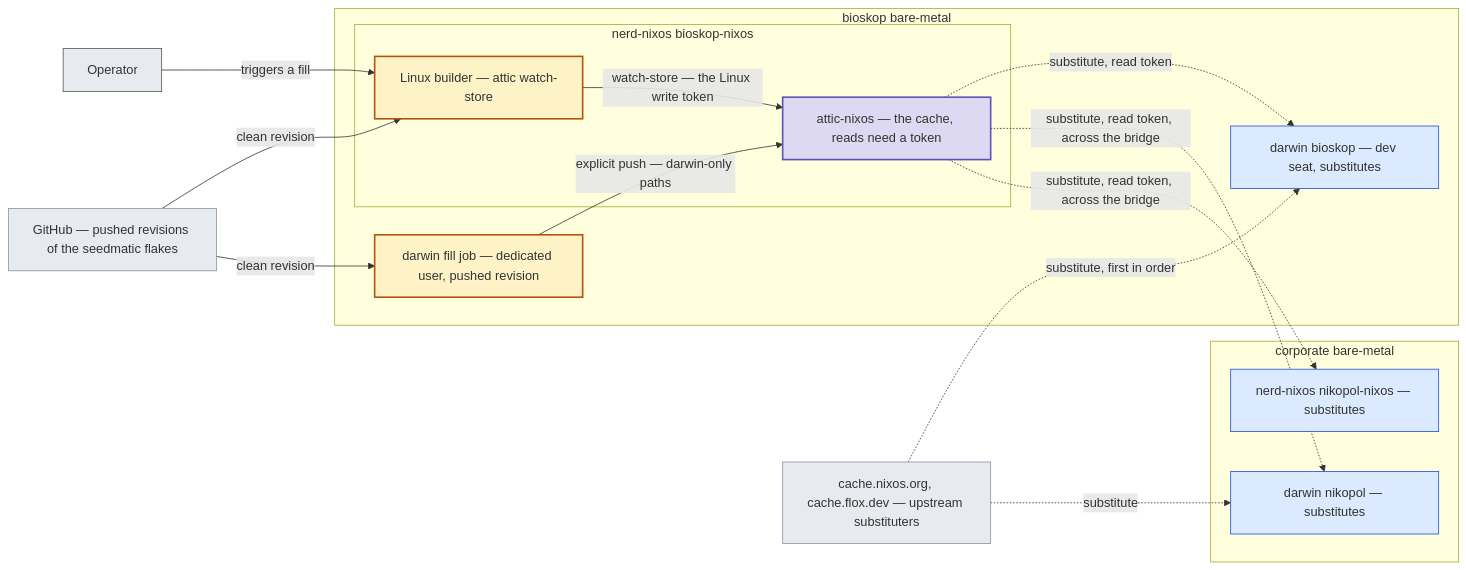
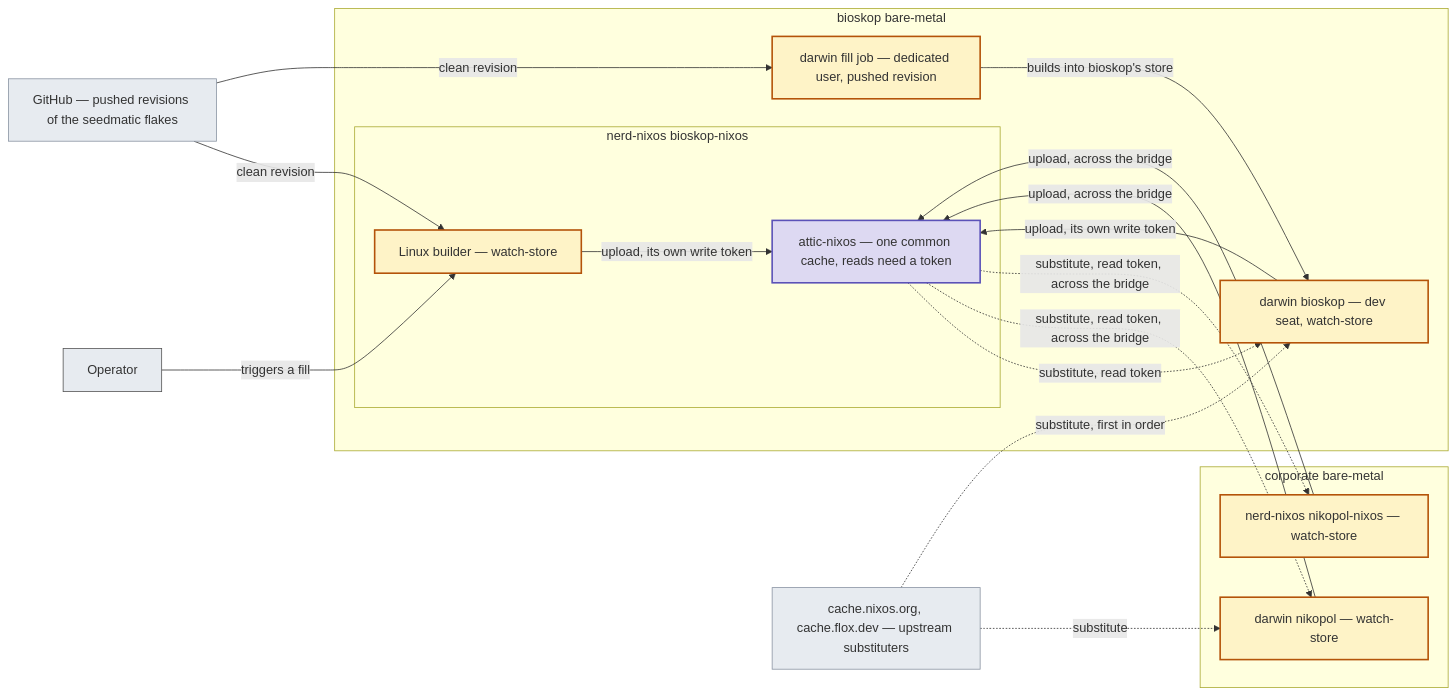
One commit to seedmatic/ndh changed the first of 5 diagrams in docs/private-binary-cache-spec.adoc. Above: the diagram before and after it, drawn with Mermaid. The commit also changed other lines of this file and 1 other file, not shown here.

```diff
--- a/docs/private-binary-cache-spec.adoc
+++ b/docs/private-binary-cache-spec.adoc
@@ -113,37 +113,40 @@
 [mermaid]
 ....
 flowchart LR
   op["Operator"]:::person
   gh["GitHub — pushed revisions of the seedmatic flakes"]:::ext
   up["cache.nixos.org, cache.flox.dev — upstream substituters"]:::ext
 
   subgraph BIOSKOP["bioskop bare-metal"]
-    dB["darwin bioskop — dev seat, substitutes"]:::host
+    dB["darwin bioskop — dev seat, watch-store"]:::builder
     dj["darwin fill job — dedicated user, pushed revision"]:::builder
     subgraph NN_B["nerd-nixos bioskop-nixos"]
-      lb["Linux builder — attic watch-store"]:::builder
-      attic["attic-nixos — the cache, reads need a token"]:::cache
+      lb["Linux builder — watch-store"]:::builder
+      attic["attic-nixos — one common cache, reads need a token"]:::cache
     end
   end
   subgraph NIKOPOL["corporate bare-metal"]
-    dN["darwin nikopol — substitutes"]:::host
-    nN["nerd-nixos nikopol-nixos — substitutes"]:::host
+    dN["darwin nikopol — watch-store"]:::builder
+    nN["nerd-nixos nikopol-nixos — watch-store"]:::builder
   end
 
   op -->|"triggers a fill"| lb
   gh -->|"clean revision"| lb
   gh -->|"clean revision"| dj
-  lb -->|"watch-store — the Linux write token"| attic
-  dj -->|"explicit push — darwin-only paths"| attic
+  dj -->|"builds into bioskop's store"| dB
+  lb -->|"upload, its own write token"| attic
+  dB -->|"upload, its own write token"| attic
+  dN -->|"upload, across the bridge"| attic
+  nN -->|"upload, across the bridge"| attic
   attic -.->|"substitute, read token"| dB
   attic -.->|"substitute, read token, across the bridge"| dN
   attic -.->|"substitute, read token, across the bridge"| nN
   up -.->|"substitute, first in order"| dB
   up -.->|"substitute"| dN
 
   classDef person fill:#e7ebf0,stroke:#555;
   classDef ext fill:#e7ebf0,stroke:#8a94a3;
   classDef host fill:#dbeafe,stroke:#1d4ed8;
   classDef builder fill:#fef3c7,stroke:#b45309,stroke-width:2px;
   classDef cache fill:#ddd9f2,stroke:#5b52b8,stroke-width:2px;
 ....
```
